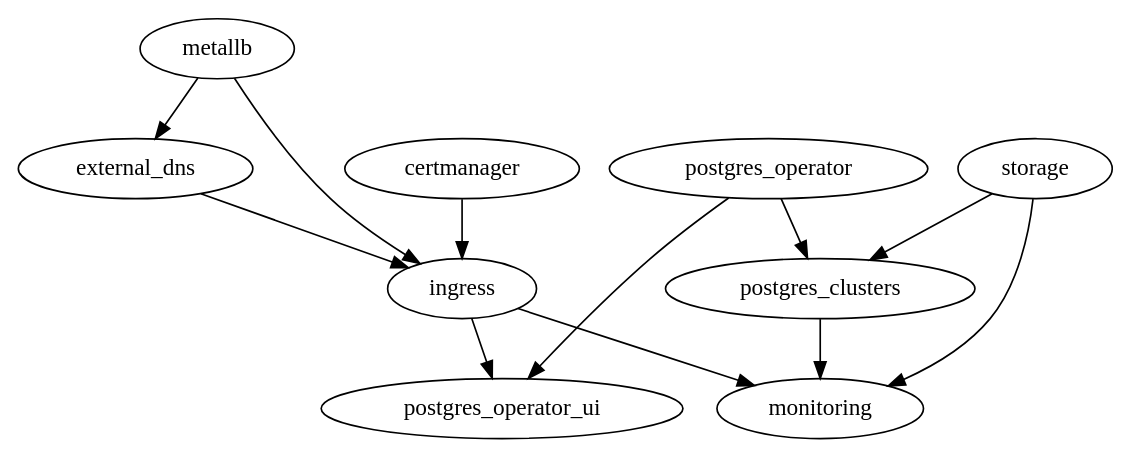
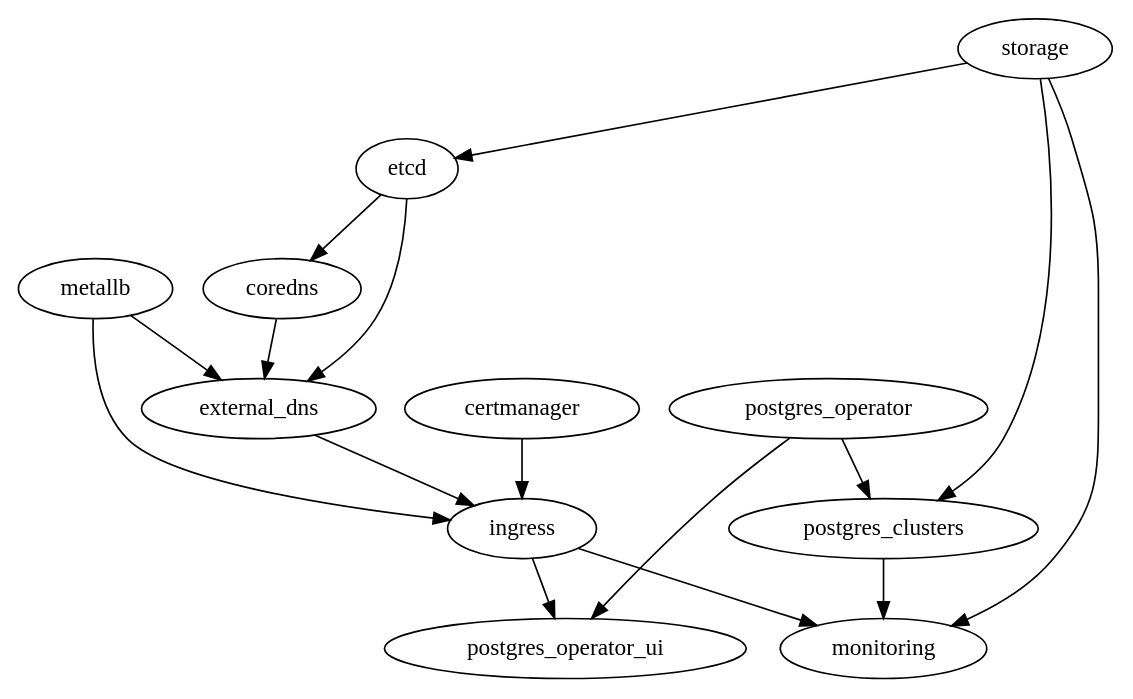
One commit to digitalstudium/devops-homelab changed the diagram in diagrams/graph.dot. Above: the diagram before and after it, drawn with Graphviz. The commit also changed 2 other files, not shown here.

Commit message:
Mirror for coredns

```diff
--- a/diagrams/graph.dot
+++ b/diagrams/graph.dot
@@ -1,13 +1,17 @@
 digraph G {
   metallb -> ingress;
   metallb -> external_dns;
+  etcd -> external_dns;
+  coredns -> external_dns;
+  etcd -> coredns;
   certmanager -> ingress;
   external_dns -> ingress;
   postgres_operator -> postgres_operator_ui;
   postgres_operator -> postgres_clusters;
   storage -> postgres_clusters;
+  storage -> etcd;
   ingress-> postgres_operator_ui;
   ingress-> monitoring;
   storage-> monitoring;
   postgres_clusters->monitoring;
 }
```
